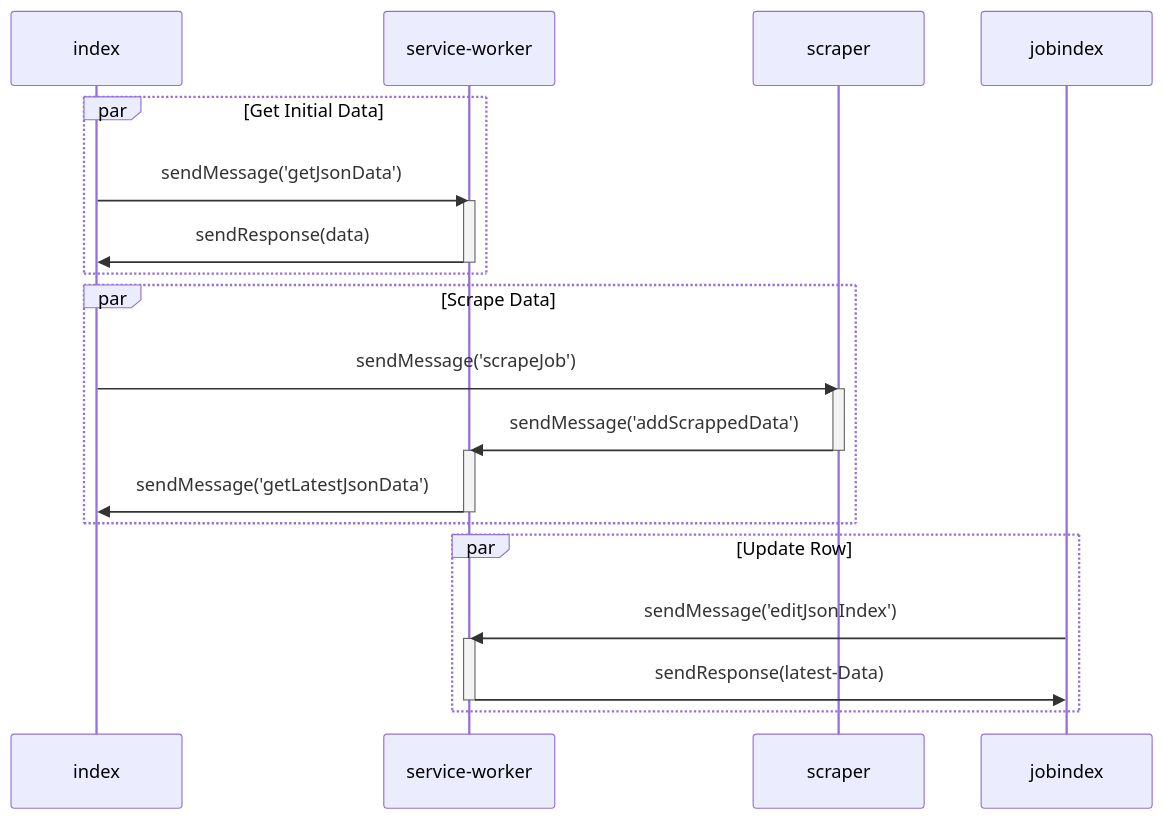
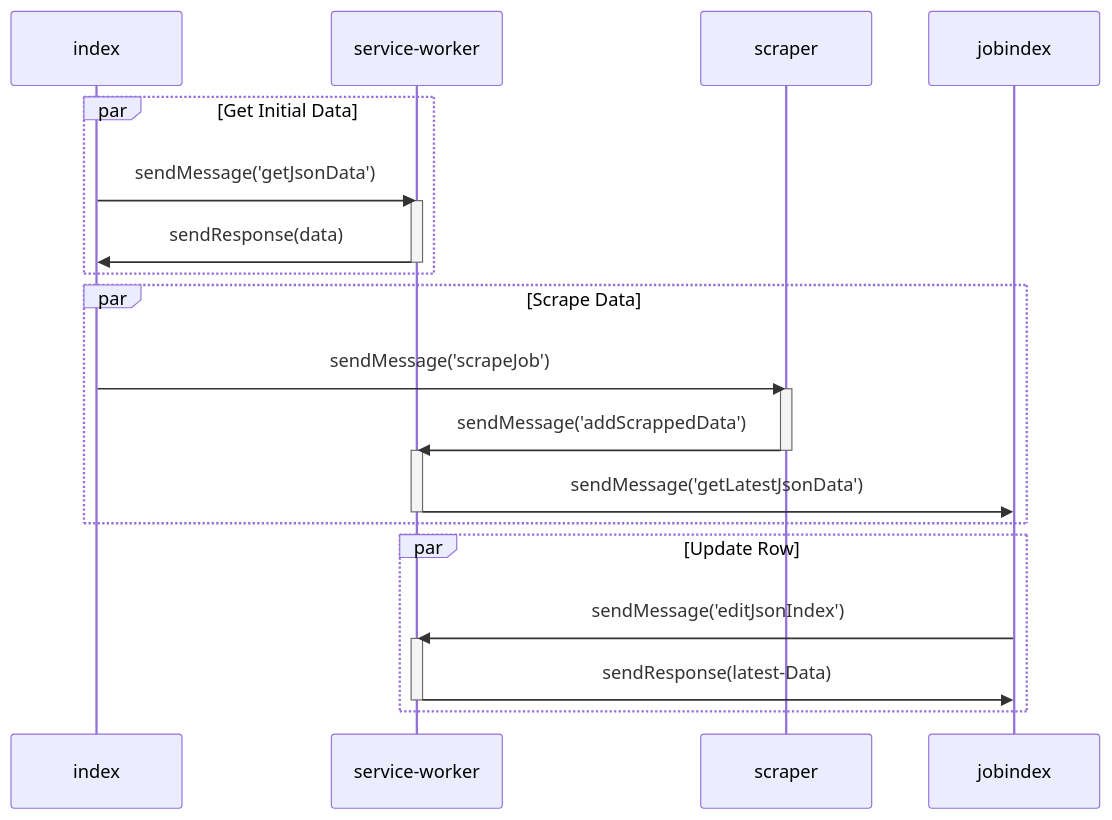
One commit to alvi1316/JIS-Chrome--Extension changed the diagram in README.md. Above: the diagram before and after it, drawn with Mermaid.

````diff
--- a/README.md
+++ b/README.md
@@ -18,27 +18,27 @@
 ```mermaid
 sequenceDiagram
 
     par Get Initial Data
     index ->> service-worker: sendMessage('getJsonData')
     activate service-worker
     service-worker ->> index: sendResponse(data)
     deactivate service-worker
     end
 
     par Scrape Data
     index ->> scraper: sendMessage('scrapeJob')
     activate scraper
     scraper ->> service-worker: sendMessage('addScrappedData')
     deactivate scraper 
     activate service-worker
-    service-worker ->> index: sendMessage('getLatestJsonData')
+    service-worker ->> jobindex: sendMessage('getLatestJsonData')
     deactivate service-worker
     end
 
     par Update Row
     jobindex ->> service-worker: sendMessage('editJsonIndex')
     activate service-worker
     service-worker ->> jobindex: sendResponse(latest-Data)
     deactivate service-worker
     end
 ```
````
